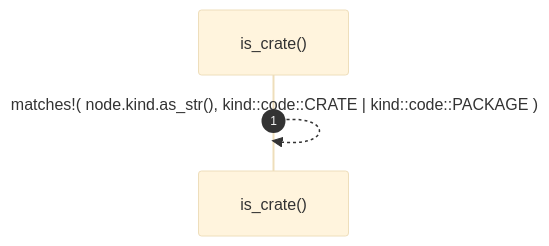
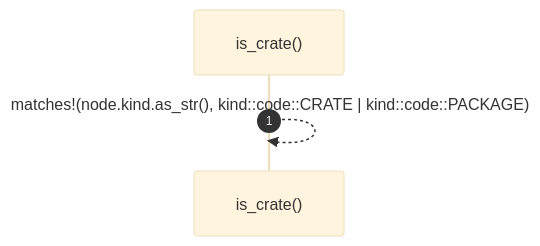
The diagram in docs/self-model/robby_render/tree/is-crate.md (RyanGuild/self-describing-code), drawn with Mermaid (base theme) before and after one commit. The commit also changed other lines of this file and 747 other files, not shown here.

````diff
--- a/docs/self-model/robby_render/tree/is-crate.md
+++ b/docs/self-model/robby_render/tree/is-crate.md
@@ -21,6 +18,6 @@
 ```mermaid
 sequenceDiagram
     autonumber
     participant is_crate as is_crate()
-    is_crate-->>is_crate: matches!( node.kind.as_str(), kind::code::CRATE | kind::code::PACKAGE )
+    is_crate-->>is_crate: matches!(node.kind.as_str(), kind::code::CRATE | kind::code::PACKAGE)
 ```
````
